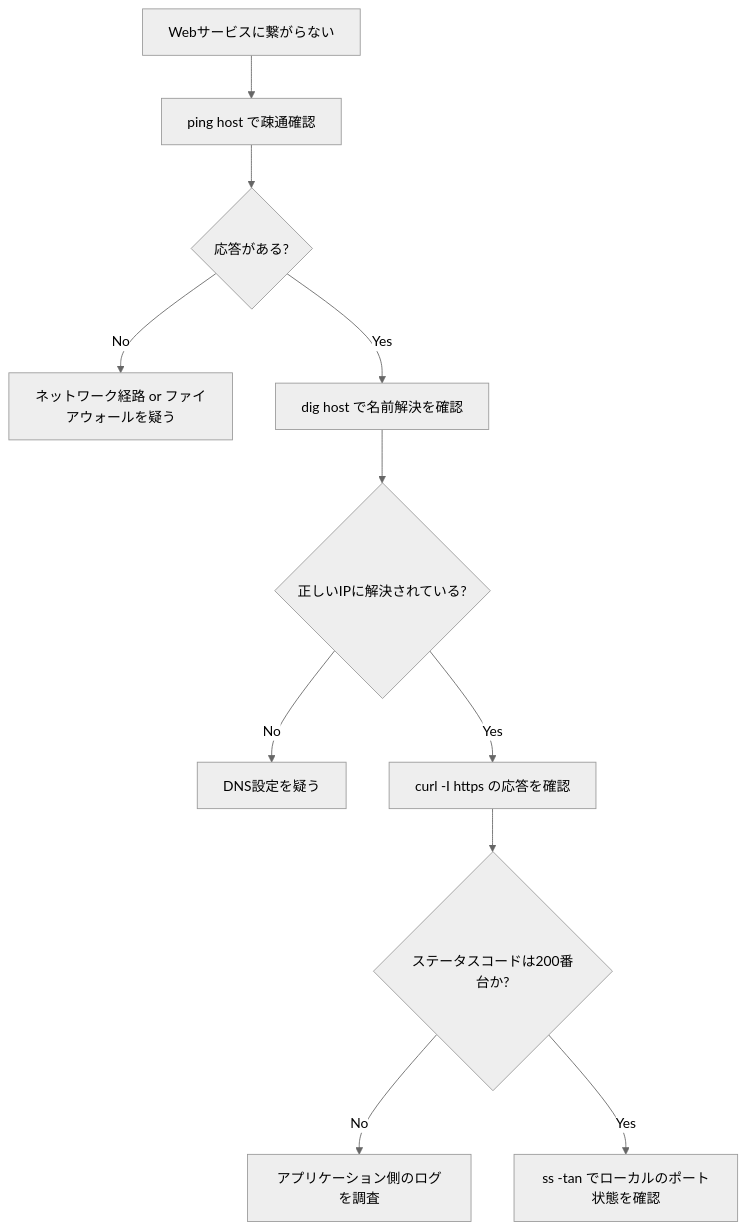
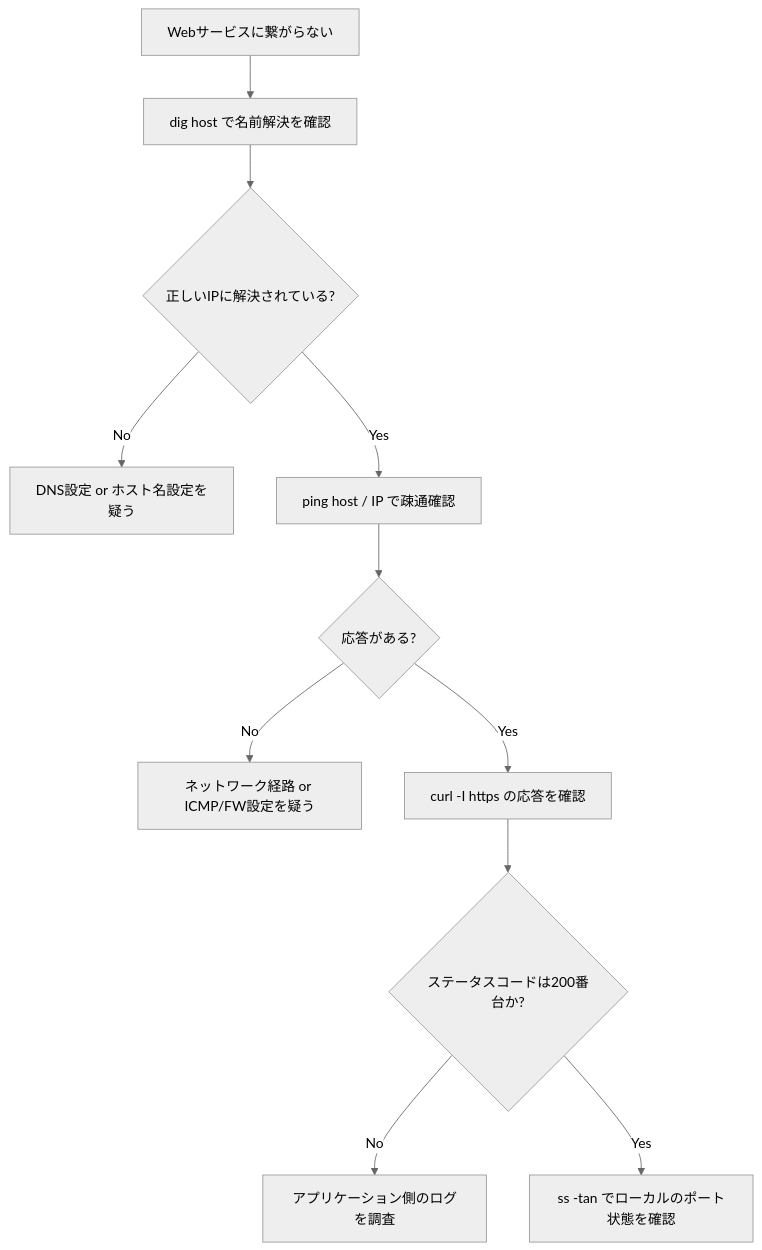
The fifth of 7 diagrams in cli.md (myoshi2891/Cloud-Infrastructure-Studies), drawn with Mermaid (neutral theme) before and after one commit. The commit also changed other lines of this file and 2 other files, not shown here.

Commit message:
docs(html): update cli and Comptia Network+ html and md guides for accessibility, accuracy, and formatting

````diff
--- a/cli.md
+++ b/cli.md
@@ -286,13 +286,13 @@
 ```mermaid
 flowchart TD
-    A[Webサービスに繋がらない] --> B[ping host で疎通確認]
-    B --> C{応答がある?}
-    C -->|No| D[ネットワーク経路 or ファイアウォールを疑う]
-    C -->|Yes| E[dig host で名前解決を確認]
-    E --> F{正しいIPに解決されている?}
-    F -->|No| G[DNS設定を疑う]
+    A[Webサービスに繋がらない] --> B[dig host で名前解決を確認]
+    B --> C{正しいIPに解決されている?}
+    C -->|No| D[DNS設定 or ホスト名設定を疑う]
+    C -->|Yes| E[ping host / IP で疎通確認]
+    E --> F{応答がある?}
+    F -->|No| G[ネットワーク経路 or ICMP/FW設定を疑う]
     F -->|Yes| H[curl -I https の応答を確認]
     H --> I{ステータスコードは200番台か?}
     I -->|No| J[アプリケーション側のログを調査]
     I -->|Yes| K[ss -tan でローカルのポート状態を確認]
 ```
````
